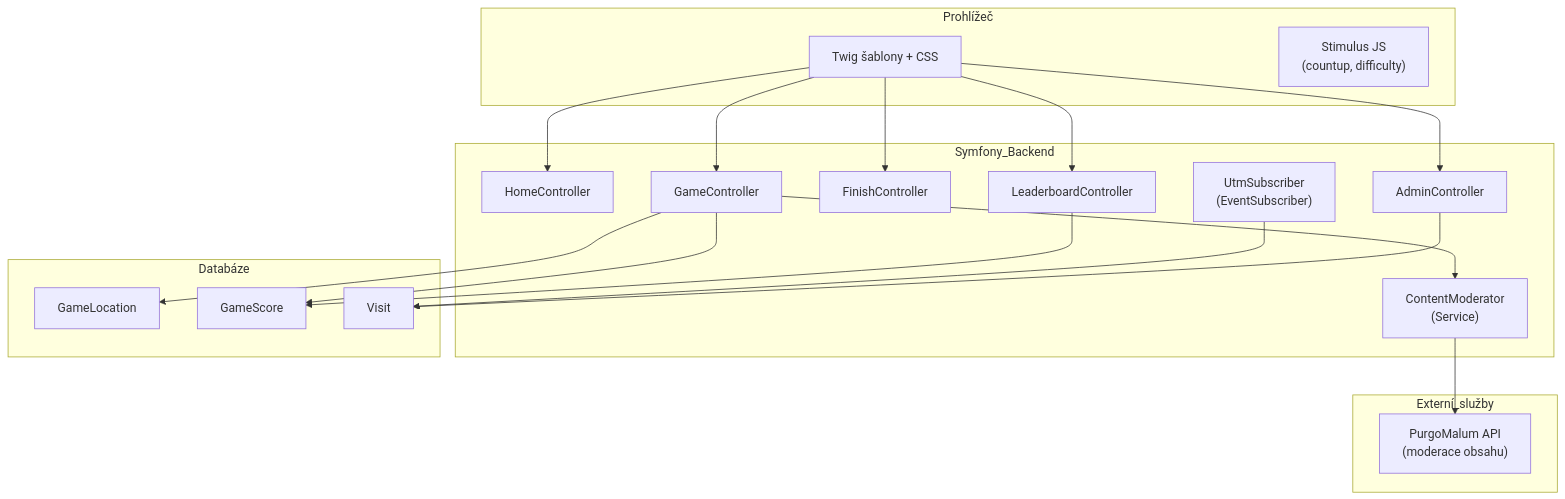
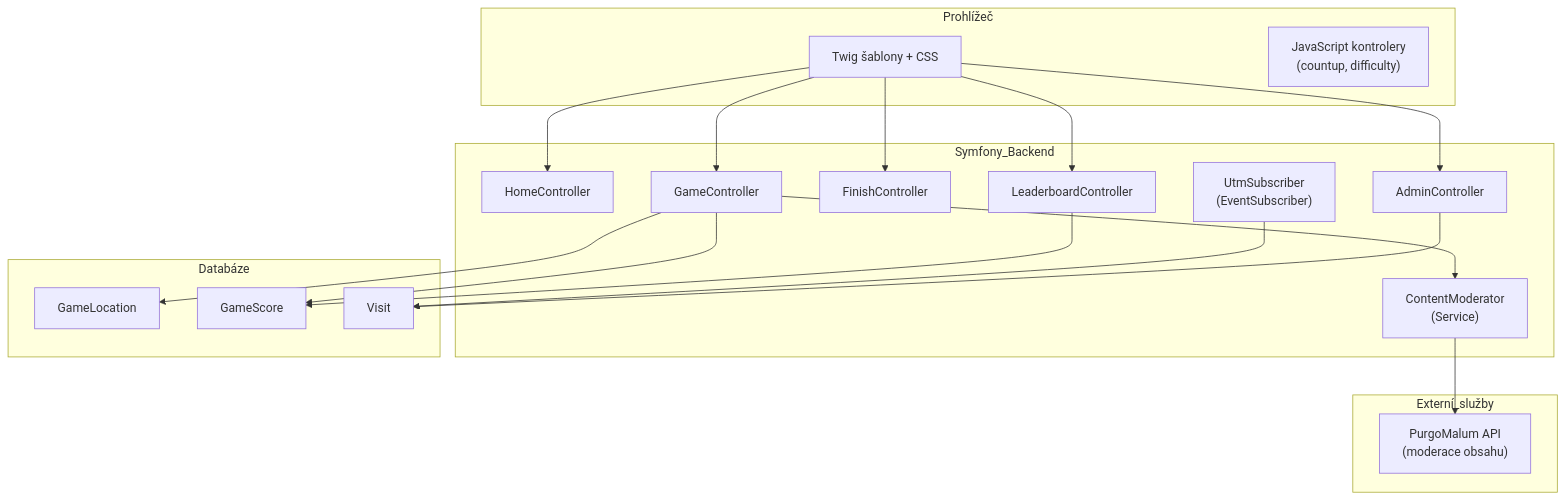
One commit to Its1akub/JecnaGuesser changed the third of 9 diagrams in docs/Ječná Guesser – Předávací zpráva projektu.md. Above: the diagram before and after it, drawn with Mermaid. The commit also changed other lines of this file, not shown here.

````diff
--- a/docs/Ječná Guesser – Předávací zpráva projektu.md
+++ b/docs/Ječná Guesser – Předávací zpráva projektu.md
@@ -206,40 +205,40 @@
 ```mermaid
 graph TD
     subgraph Prohlížeč
         UI["Twig šablony + CSS"]
-        JS["Stimulus JS\n(countup, difficulty)"]
+        JS["JavaScript kontrolery\n(countup, difficulty)"]
     end
 
     subgraph Symfony_Backend
         HC["HomeController"]
         GC["GameController"]
         FC["FinishController"]
         LC["LeaderboardController"]
         AC["AdminController"]
         CM["ContentModerator\n(Service)"]
         US["UtmSubscriber\n(EventSubscriber)"]
     end
 
     subgraph Databáze
         GL["GameLocation"]
         GS["GameScore"]
         VI["Visit"]
     end
 
     subgraph Externí_služby
         PURGO["PurgoMalum API\n(moderace obsahu)"]
     end
 
     UI --> HC
     UI --> GC
     UI --> FC
     UI --> LC
     UI --> AC
     GC --> CM
     CM --> PURGO
     GC --> GL
     GC --> GS
     US --> VI
     LC --> GS
     AC --> VI
 ```
````
